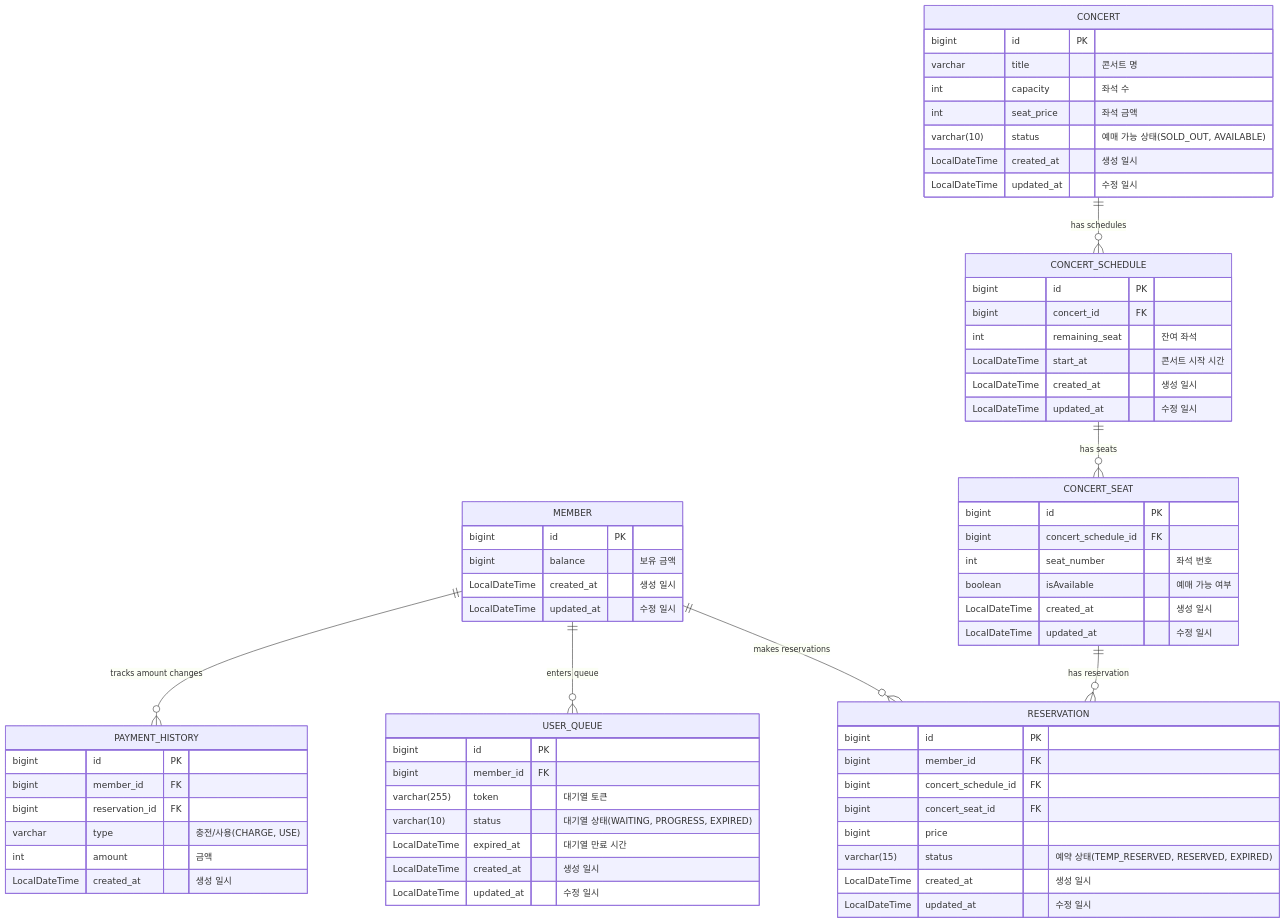
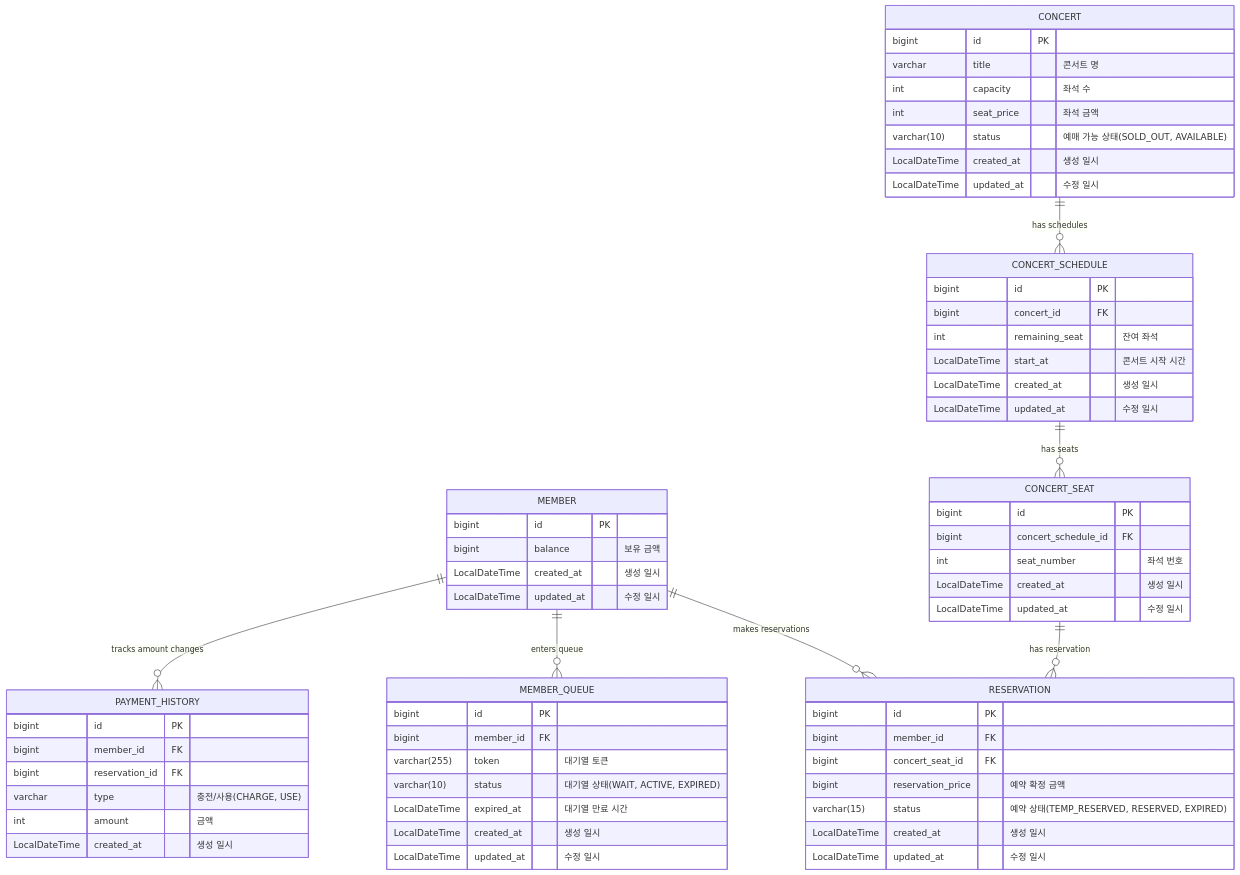
One commit to hwivelop/concert-reservation changed the diagram in docs/ERD.md. Above: the diagram before and after it, drawn with Mermaid. The commit also changed 3 other files, not shown here.

````diff
--- a/docs/ERD.md
+++ b/docs/ERD.md
@@ -1,75 +1,74 @@
 ```mermaid
 erDiagram
     MEMBER {
         bigint id PK
         bigint balance "보유 금액"
         LocalDateTime created_at "생성 일시"
         LocalDateTime updated_at "수정 일시"
     }
 
-    USER_QUEUE {
+    MEMBER_QUEUE {
         bigint id PK
         bigint member_id FK
         varchar(255) token "대기열 토큰"
-        varchar(10) status "대기열 상태(WAITING, PROGRESS, EXPIRED)"
+        varchar(10) status "대기열 상태(WAIT, ACTIVE, EXPIRED)"
         LocalDateTime expired_at "대기열 만료 시간"
         LocalDateTime created_at "생성 일시"
         LocalDateTime updated_at "수정 일시"
     }
 
     CONCERT {
         bigint id PK
         varchar title "콘서트 명"
         int capacity "좌석 수"
         int seat_price "좌석 금액"
         varchar(10) status "예매 가능 상태(SOLD_OUT, AVAILABLE)"
         LocalDateTime created_at "생성 일시"
         LocalDateTime updated_at "수정 일시"
     }
 
     CONCERT_SCHEDULE {
         bigint id PK
         bigint concert_id FK
         int remaining_seat "잔여 좌석"
         LocalDateTime start_at "콘서트 시작 시간"
         LocalDateTime created_at "생성 일시"
         LocalDateTime updated_at "수정 일시"
     }
 
     CONCERT_SEAT {
         bigint id PK
         bigint concert_schedule_id FK
         int seat_number "좌석 번호"
-        boolean isAvailable "예매 가능 여부"
+%%        boolean isAvailable "예매 가능 여부" // 보류
         LocalDateTime created_at "생성 일시"
         LocalDateTime updated_at "수정 일시"
     }
 
     RESERVATION {
         bigint id PK
         bigint member_id FK
-        bigint concert_schedule_id FK
         bigint concert_seat_id FK
-        bigint price
+        bigint reservation_price "예약 확정 금액"
         varchar(15) status "예약 상태(TEMP_RESERVED, RESERVED, EXPIRED)"
         LocalDateTime created_at "생성 일시"
         LocalDateTime updated_at "수정 일시"
     }
 
     PAYMENT_HISTORY {
         bigint id PK
         bigint member_id FK
         bigint reservation_id FK
         varchar type "충전/사용(CHARGE, USE)"
         int amount "금액"
         LocalDateTime created_at "생성 일시"
     }
 
     CONCERT ||--o{ CONCERT_SCHEDULE: "has schedules"
     CONCERT_SCHEDULE ||--o{ CONCERT_SEAT: "has seats"
     MEMBER ||--o{ RESERVATION: "makes reservations"
-    MEMBER ||--o{ USER_QUEUE: "enters queue"
+    MEMBER ||--o{ MEMBER_QUEUE: "enters queue"
     CONCERT_SEAT ||--o{ RESERVATION: "has reservation"
     MEMBER ||--o{ PAYMENT_HISTORY: "tracks amount changes"
 
 ```
````
